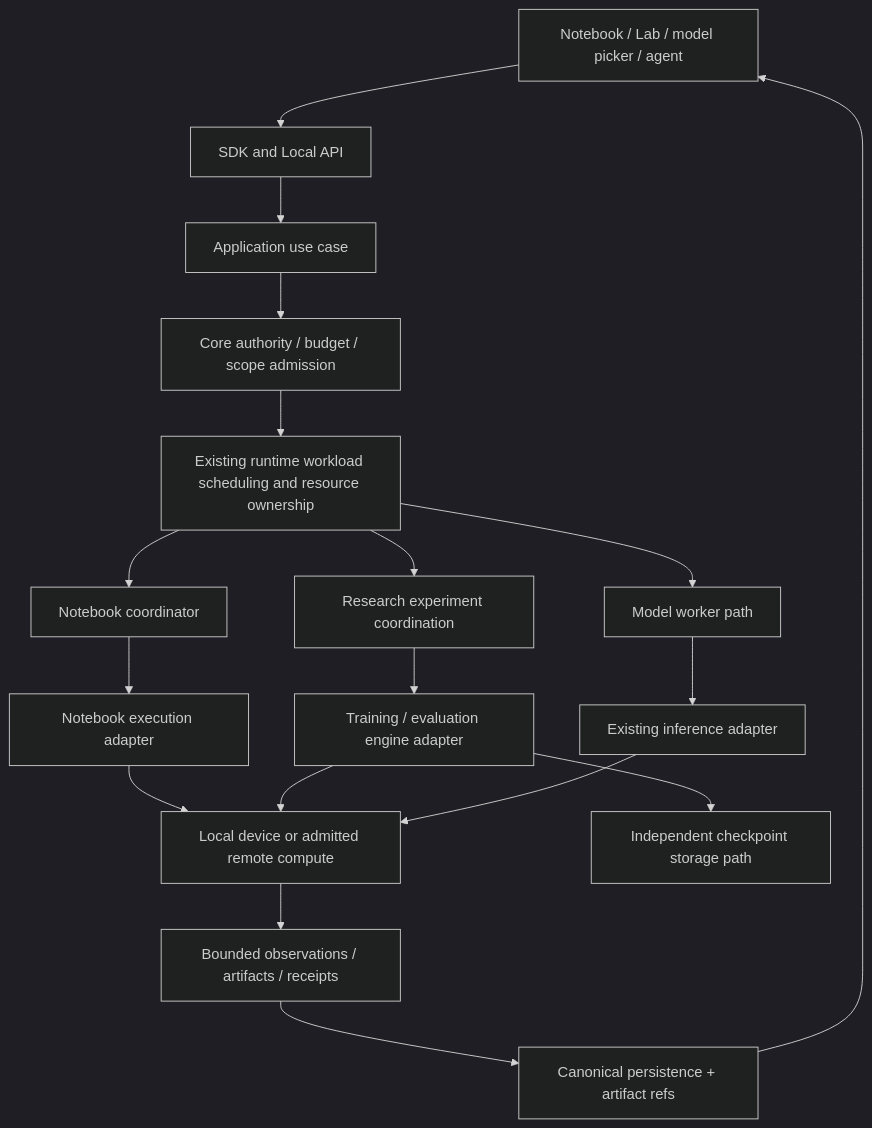
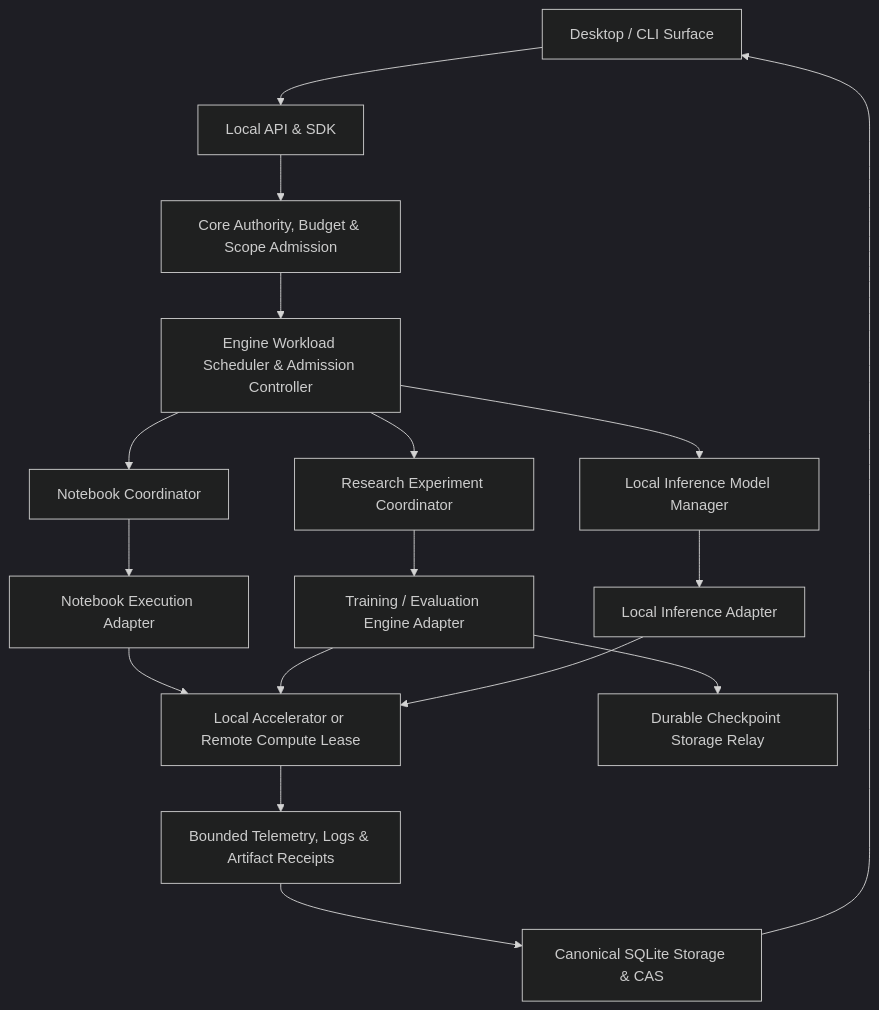
The diagram in docs/development/gpu-workload-components-plan.md (civi0411/Custos), drawn with Mermaid (dark theme) before and after one commit. The commit also changed other lines of this file and 53 other files, not shown here.

First line of the commit message:
docs(architecture): rewrite and synchronize docs with 4 canonical platform blocks

````diff
--- a/docs/development/gpu-workload-components-plan.md
+++ b/docs/development/gpu-workload-components-plan.md
@@ -41,20 +27,19 @@
 ```mermaid
 flowchart TD
-    UI[Notebook / Lab / model picker / agent] --> API[SDK and Local API]
-    API --> APP[Application use case]
-    APP --> ADMIT[Core authority / budget / scope admission]
-    ADMIT --> RUNTIME[Existing runtime workload scheduling and resource ownership]
-    RUNTIME --> NB[Notebook coordinator]
-    RUNTIME --> JOB[Research experiment coordination]
-    RUNTIME --> MODEL[Model worker path]
-    NB --> KERNEL[Notebook execution adapter]
-    JOB --> ENGINE[Training / evaluation engine adapter]
-    MODEL --> INFER[Existing inference adapter]
-    KERNEL --> TARGET[Local device or admitted remote compute]
+    UI["Desktop / CLI Surface"] --> API["Local API & SDK"]
+    API --> ADMIT["Core Authority, Budget & Scope Admission"]
+    ADMIT --> RUNTIME["Engine Workload Scheduler & Admission Controller"]
+    RUNTIME --> NB["Notebook Coordinator"]
+    RUNTIME --> JOB["Research Experiment Coordinator"]
+    RUNTIME --> MODEL["Local Inference Model Manager"]
+    NB --> KERNEL["Notebook Execution Adapter"]
+    JOB --> ENGINE["Training / Evaluation Engine Adapter"]
+    MODEL --> INFER["Local Inference Adapter"]
+    KERNEL --> TARGET["Local Accelerator or Remote Compute Lease"]
     ENGINE --> TARGET
     INFER --> TARGET
-    TARGET --> OBS[Bounded observations / artifacts / receipts]
-    OBS --> STORE[Canonical persistence + artifact refs]
+    TARGET --> OBS["Bounded Telemetry, Logs & Artifact Receipts"]
+    OBS --> STORE["Canonical SQLite Storage & CAS"]
     STORE --> UI
-    ENGINE --> CKPT[Independent checkpoint storage path]
+    ENGINE --> CKPT["Durable Checkpoint Storage Relay"]
 ```
````
